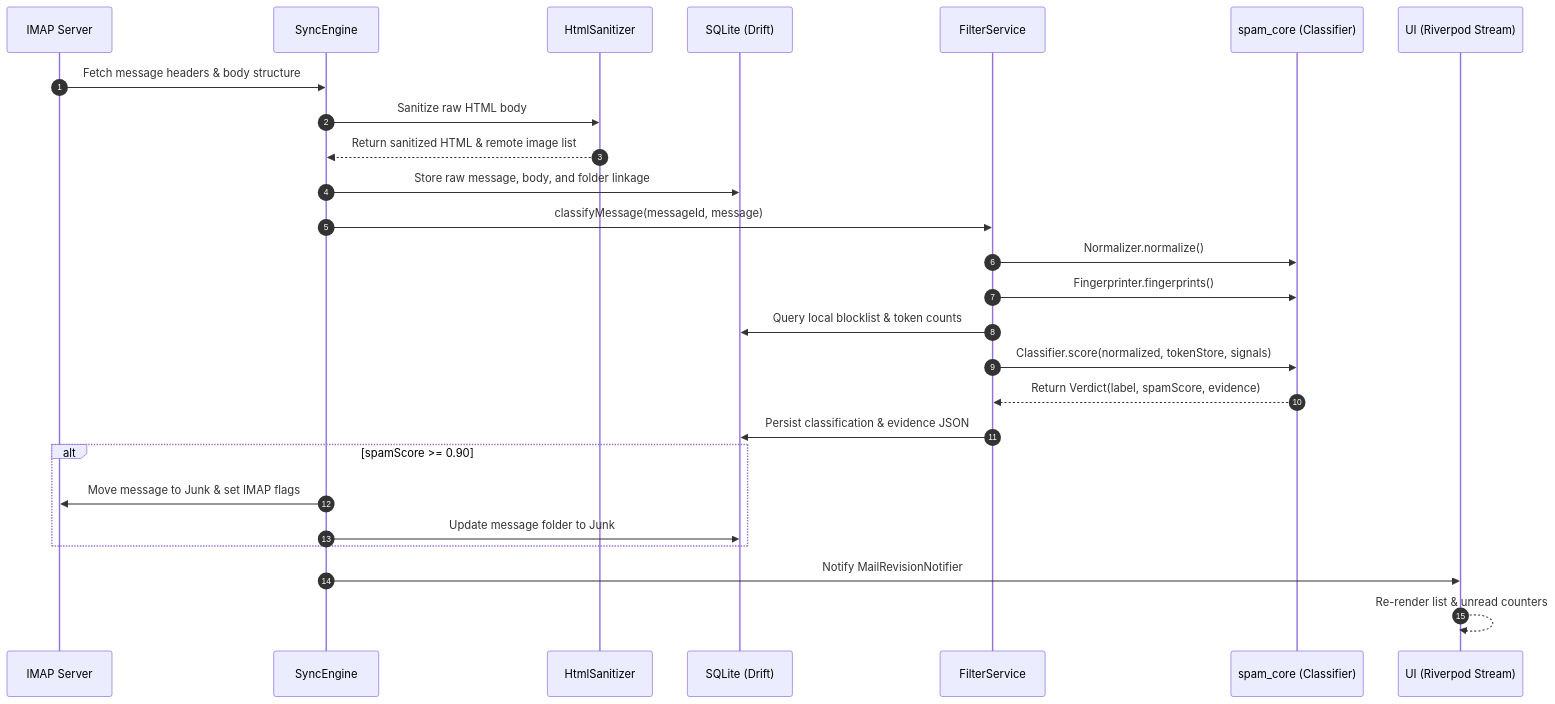
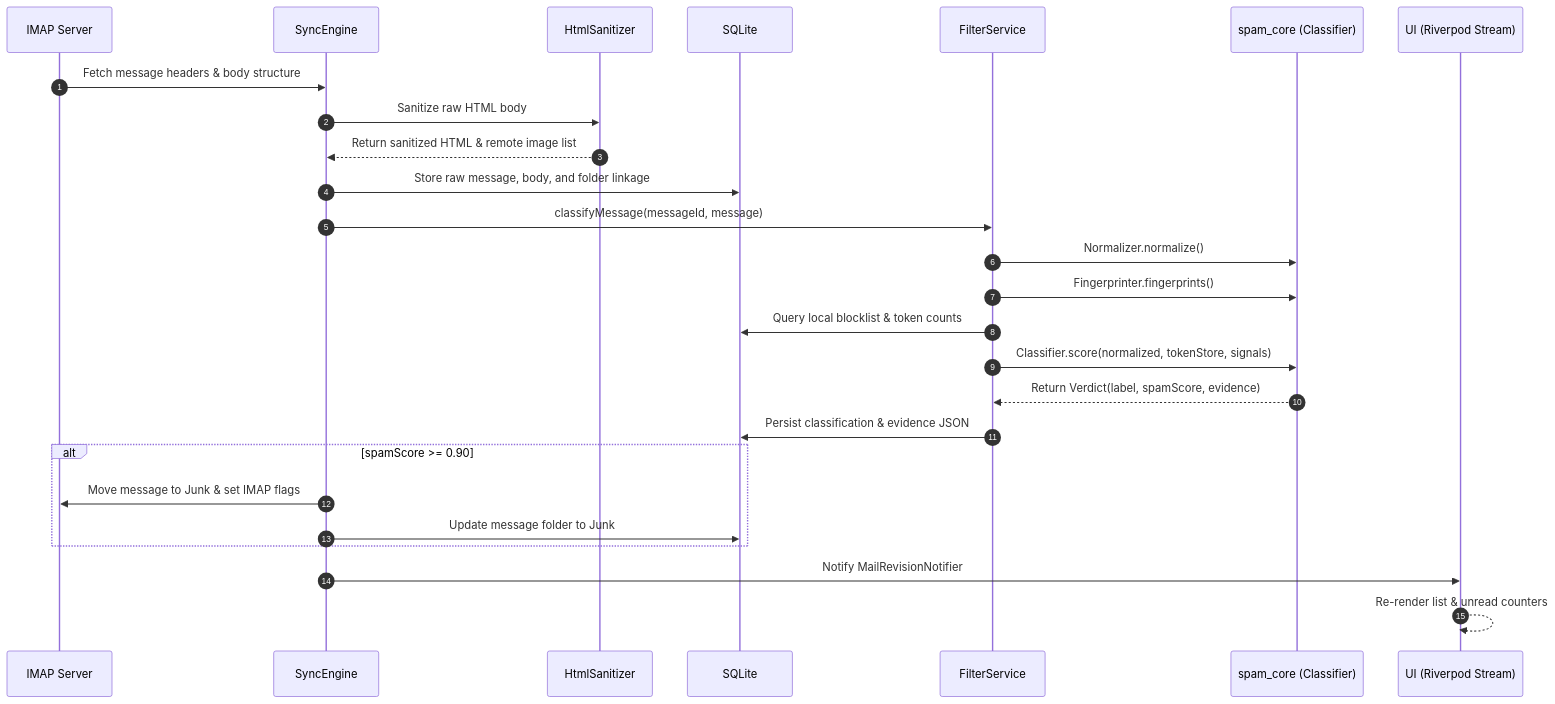
Before and after one commit to JustinGuese/flutter-spamfiltering-emailclient: the third of 3 diagrams in docs/concepts/architecture.md, drawn with Mermaid. The commit also changed other lines of this file and 12 other files, not shown here.

Commit message:
add CLAUDE.md; correct docs: SQLite not Drift, real file names, pending_imap_actions, sync PUT

````diff
--- a/docs/concepts/architecture.md
+++ b/docs/concepts/architecture.md
@@ -103,29 +103,29 @@
 ```mermaid
 sequenceDiagram
     autonumber
     participant Server as IMAP Server
     participant Sync as SyncEngine
     participant San as HtmlSanitizer
-    participant DB as SQLite (Drift)
+    participant DB as SQLite
     participant Filter as FilterService
     participant Core as spam_core (Classifier)
     participant UI as UI (Riverpod Stream)
 
     Server->>Sync: Fetch message headers & body structure
     Sync->>San: Sanitize raw HTML body
     San-->>Sync: Return sanitized HTML & remote image list
     Sync->>DB: Store raw message, body, and folder linkage
     Sync->>Filter: classifyMessage(messageId, message)
     Filter->>Core: Normalizer.normalize()
     Filter->>Core: Fingerprinter.fingerprints()
     Filter->>DB: Query local blocklist & token counts
     Filter->>Core: Classifier.score(normalized, tokenStore, signals)
     Core-->>Filter: Return Verdict(label, spamScore, evidence)
     Filter->>DB: Persist classification & evidence JSON
     alt spamScore >= 0.90
         Sync->>Server: Move message to Junk & set IMAP flags
         Sync->>DB: Update message folder to Junk
     end
     Sync->>UI: Notify MailRevisionNotifier
     UI-->>UI: Re-render list & unread counters
 ```
````
